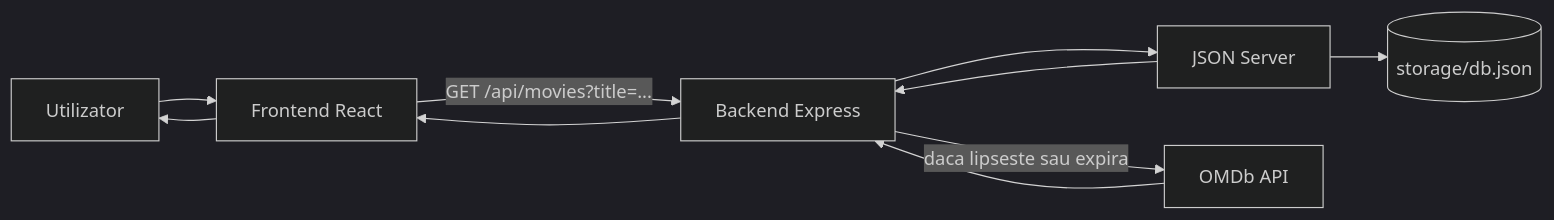
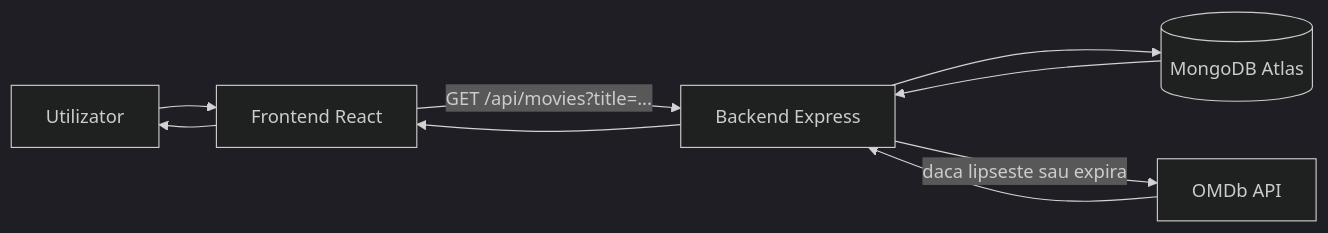
The first of 4 diagrams in docs/documentatie.md (Alex71Ncov/AuraCinema), drawn with Mermaid (dark theme) before and after one commit. The commit also changed other lines of this file and 25 other files, not shown here.

````diff
--- a/docs/documentatie.md
+++ b/docs/documentatie.md
@@ -26,12 +26,11 @@
 ```mermaid
 flowchart LR
   U[Utilizator] --> F[Frontend React]
   F -->|GET /api/movies?title=...| B[Backend Express]
-  B --> C[JSON Server]
-  C --> D[(storage/db.json)]
+  B --> C[(MongoDB Atlas)]
   B -->|daca lipseste sau expira| O[OMDb API]
   O --> B
   C --> B
   B --> F
   F --> U
 ```
````
